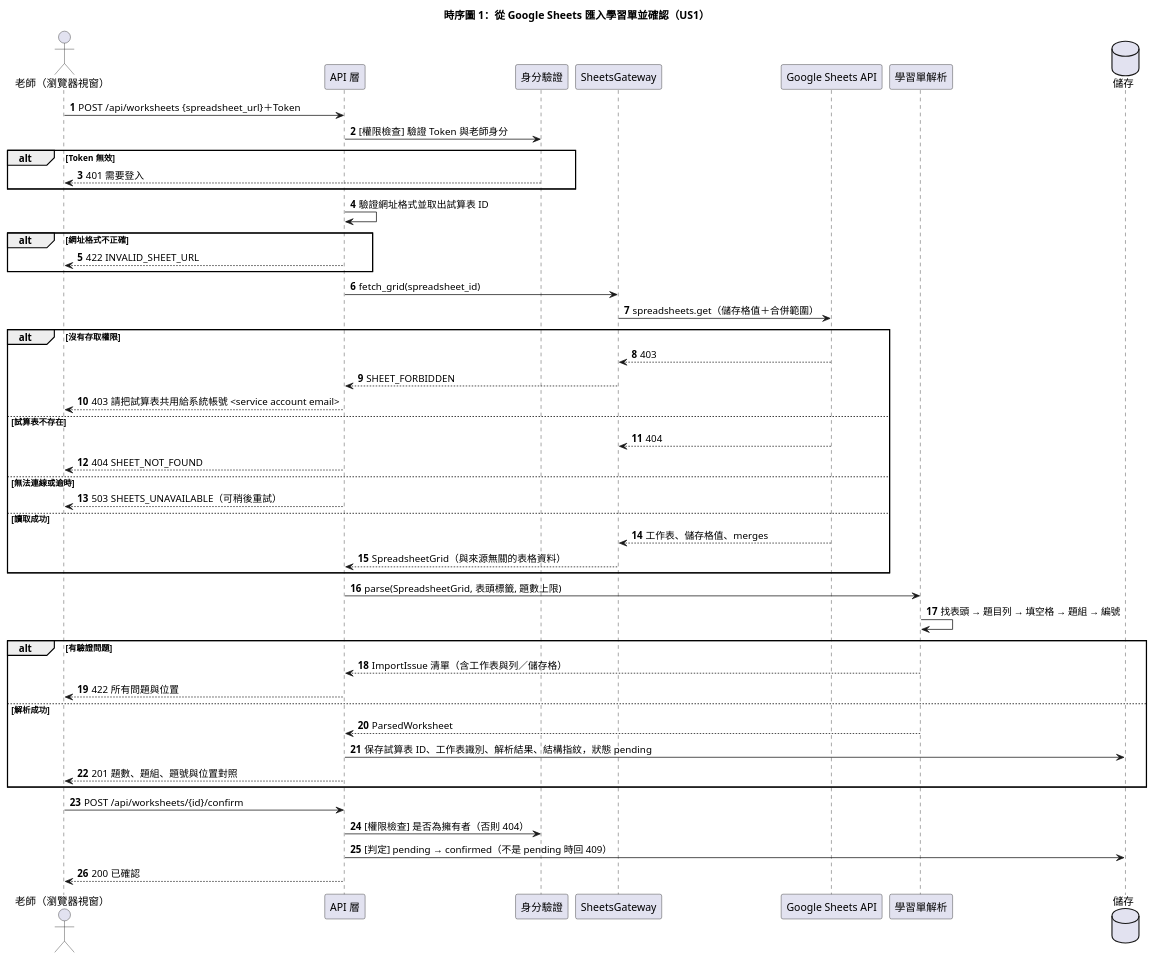
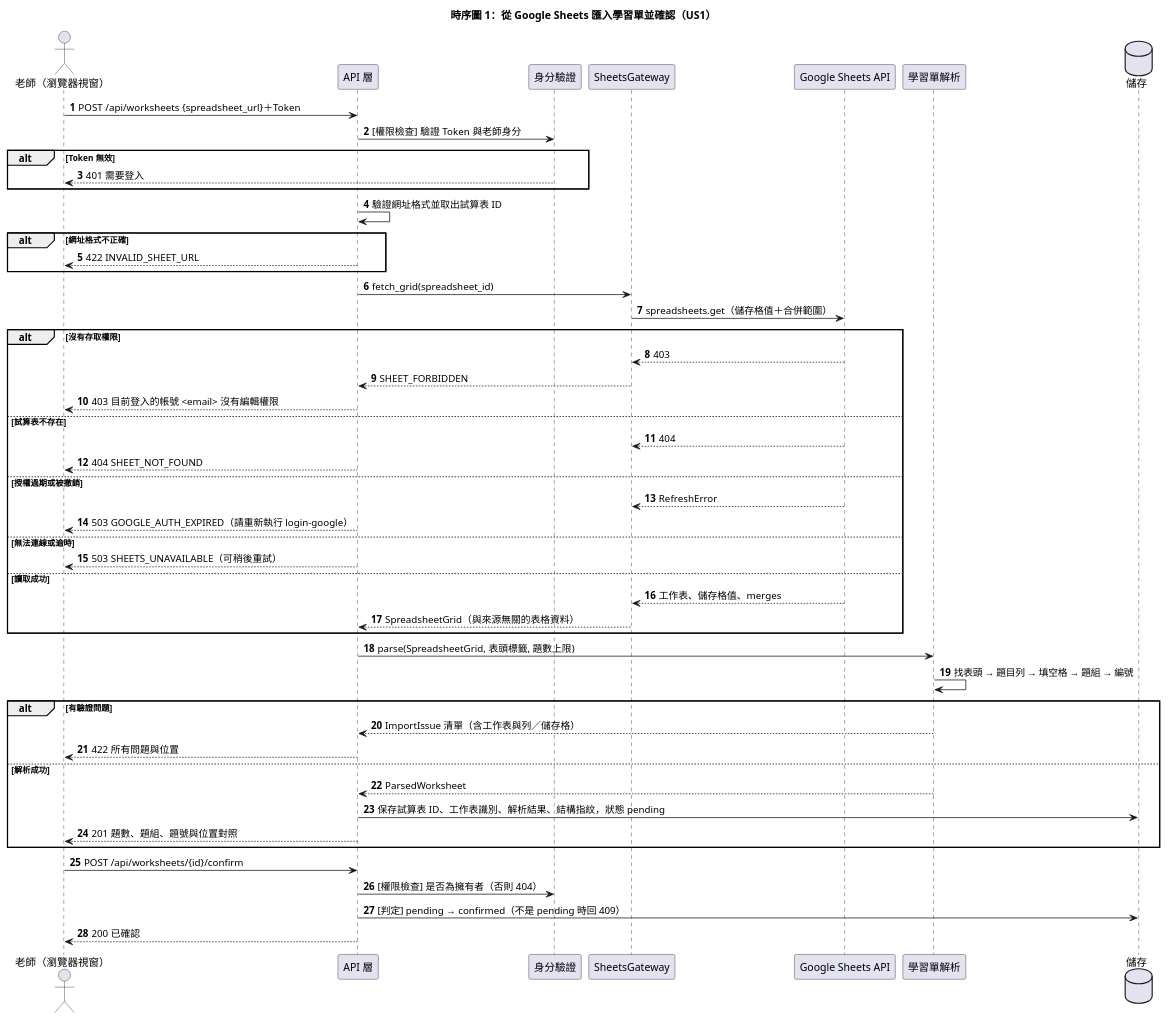
One commit to silverwind63/SEFinal changed the diagram in diagrams/001-guided-notes-import/01-sequence-import.puml. Above: the diagram before and after it, drawn with PlantUML. The commit also changed 38 other files, not shown here.

First line of the commit message:
feat(001): switch Google Sheets access from service account to OAuth

```diff
--- a/diagrams/001-guided-notes-import/01-sequence-import.puml
+++ b/diagrams/001-guided-notes-import/01-sequence-import.puml
@@ -1,49 +1,52 @@
 @startuml
 title 時序圖 1：從 Google Sheets 匯入學習單並確認（US1）
 autonumber
 actor "老師（瀏覽器視窗）" as T
 participant "API 層" as API
 participant "身分驗證" as AUTH
 participant "SheetsGateway" as GW
 participant "Google Sheets API" as GAPI
 participant "學習單解析" as P
 database "儲存" as S
 T -> API : POST /api/worksheets {spreadsheet_url}＋Token
 API -> AUTH : [權限檢查] 驗證 Token 與老師身分
 alt Token 無效
   AUTH --> T : 401 需要登入
 end
 API -> API : 驗證網址格式並取出試算表 ID
 alt 網址格式不正確
   API --> T : 422 INVALID_SHEET_URL
 end
 API -> GW : fetch_grid(spreadsheet_id)
 GW -> GAPI : spreadsheets.get（儲存格值＋合併範圍）
 alt 沒有存取權限
   GAPI --> GW : 403
   GW --> API : SHEET_FORBIDDEN
-  API --> T : 403 請把試算表共用給系統帳號 <service account email>
+  API --> T : 403 目前登入的帳號 <email> 沒有編輯權限
 else 試算表不存在
   GAPI --> GW : 404
   API --> T : 404 SHEET_NOT_FOUND
+else 授權過期或被撤銷
+  GAPI --> GW : RefreshError
+  API --> T : 503 GOOGLE_AUTH_EXPIRED（請重新執行 login-google）
 else 無法連線或逾時
   API --> T : 503 SHEETS_UNAVAILABLE（可稍後重試）
 else 讀取成功
   GAPI --> GW : 工作表、儲存格值、merges
   GW --> API : SpreadsheetGrid（與來源無關的表格資料）
 end
 API -> P : parse(SpreadsheetGrid, 表頭標籤, 題數上限)
 P -> P : 找表頭 → 題目列 → 填空格 → 題組 → 編號
 alt 有驗證問題
   P --> API : ImportIssue 清單（含工作表與列／儲存格）
   API --> T : 422 所有問題與位置
 else 解析成功
   P --> API : ParsedWorksheet
   API -> S : 保存試算表 ID、工作表識別、解析結果、結構指紋，狀態 pending
   API --> T : 201 題數、題組、題號與位置對照
 end
 T -> API : POST /api/worksheets/{id}/confirm
 API -> AUTH : [權限檢查] 是否為擁有者（否則 404）
 API -> S : [判定] pending → confirmed（不是 pending 時回 409）
 API --> T : 200 已確認
 @enduml
```
